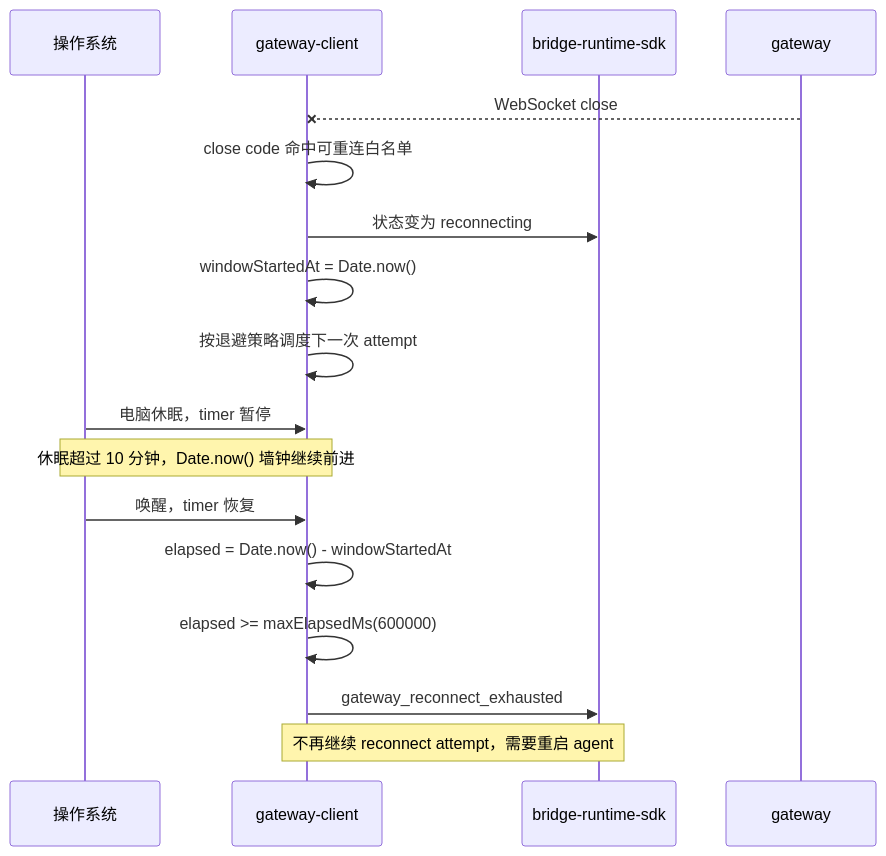
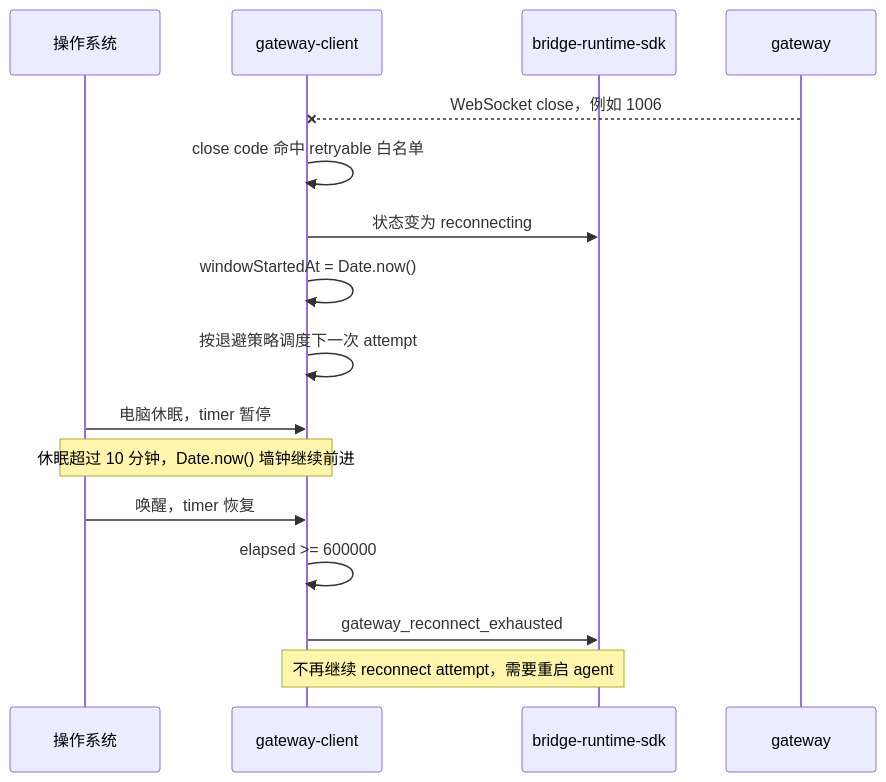
One commit to yuzhangCZ/agent-plugin changed the second of 5 diagrams in docs/design/sdk-gateway-reconnect-solution.md. Above: the diagram before and after it, drawn with Mermaid. The commit also changed other lines of this file, not shown here.

Commit message:
docs: refine gateway reconnect window recovery plan

````diff
--- a/docs/design/sdk-gateway-reconnect-solution.md
+++ b/docs/design/sdk-gateway-reconnect-solution.md
@@ -76,20 +84,19 @@
 ```mermaid
 sequenceDiagram
     participant OS as 操作系统
     participant SDK as gateway-client
     participant Runtime as bridge-runtime-sdk
     participant Gateway as gateway
 
-    Gateway--xSDK: WebSocket close
-    SDK->>SDK: close code 命中可重连白名单
+    Gateway--xSDK: WebSocket close，例如 1006
+    SDK->>SDK: close code 命中 retryable 白名单
     SDK->>Runtime: 状态变为 reconnecting
     SDK->>SDK: windowStartedAt = Date.now()
     SDK->>SDK: 按退避策略调度下一次 attempt
     OS->>SDK: 电脑休眠，timer 暂停
     Note over OS,SDK: 休眠超过 10 分钟，Date.now() 墙钟继续前进
     OS->>SDK: 唤醒，timer 恢复
-    SDK->>SDK: elapsed = Date.now() - windowStartedAt
-    SDK->>SDK: elapsed >= maxElapsedMs(600000)
+    SDK->>SDK: elapsed >= 600000
     SDK->>Runtime: gateway_reconnect_exhausted
     Note over SDK,Runtime: 不再继续 reconnect attempt，需要重启 agent
 ```
````
